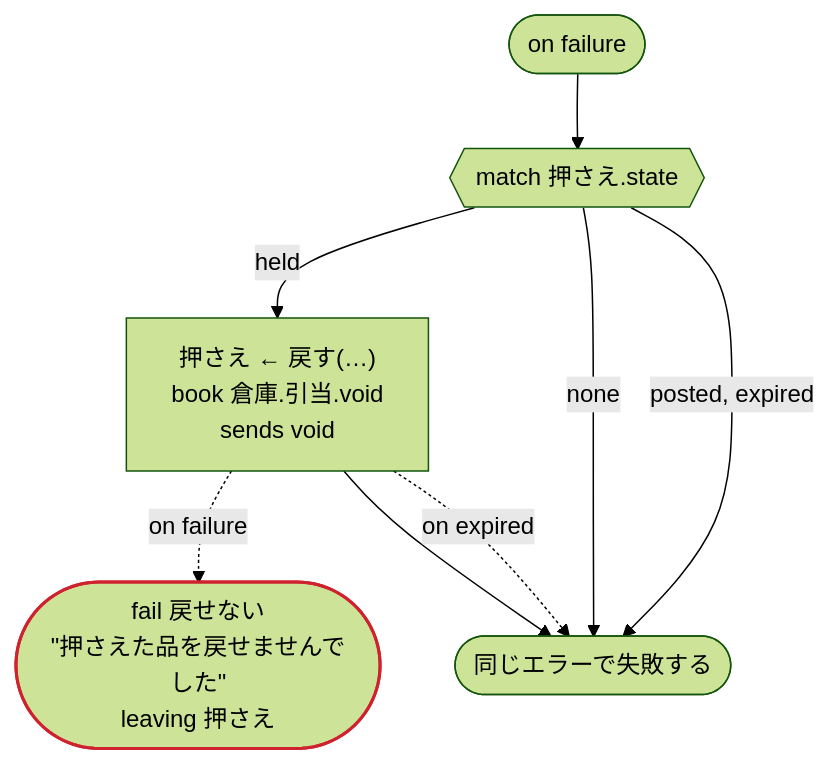
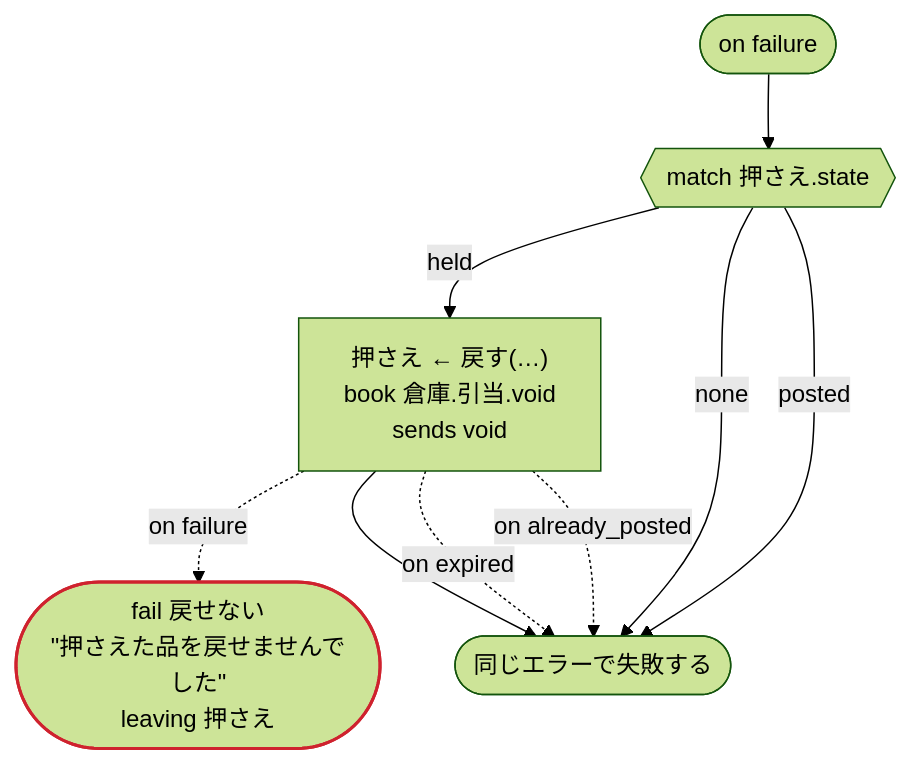
One commit to i2y/ritsu changed the second of 2 diagrams in crates/dandori/tests/doc/tests-flows-dates_and_books.ja.md. Above: the diagram before and after it, drawn with Mermaid (forest theme). The commit also changed other lines of this file and 57 other files, not shown here.

````diff
--- a/crates/dandori/tests/doc/tests-flows-dates_and_books.ja.md
+++ b/crates/dandori/tests/doc/tests-flows-dates_and_books.ja.md
@@ -43,18 +43,19 @@
 ```mermaid
 flowchart TD
     onf(["on failure"])
     s11{{"match 押さえ.state"}}
     s13["押さえ ← 戻す(…)<br>book 倉庫.引当.void<br>sends void"]
-    s15(["fail 戻せない<br>#quot;押さえた品を戻せませんでした#quot;<br>leaving 押さえ"])
+    s16(["fail 戻せない<br>#quot;押さえた品を戻せませんでした#quot;<br>leaving 押さえ"])
     onfEnd(["同じエラーで失敗する"])
     onf --> s11
     s11 -->|"held"| s13
-    s13 -.->|"on failure"| s15
+    s13 -.->|"on failure"| s16
     s11 -->|"none"| onfEnd
     s13 --> onfEnd
     s13 -.->|"on expired"| onfEnd
-    s11 -->|"posted, expired"| onfEnd
+    s13 -.->|"on already_posted"| onfEnd
+    s11 -->|"posted"| onfEnd
     classDef ok stroke:#2da44e,stroke-width:2px
     classDef bad stroke:#cf222e,stroke-width:2px
-    class s15 bad
+    class s16 bad
 ```
````
